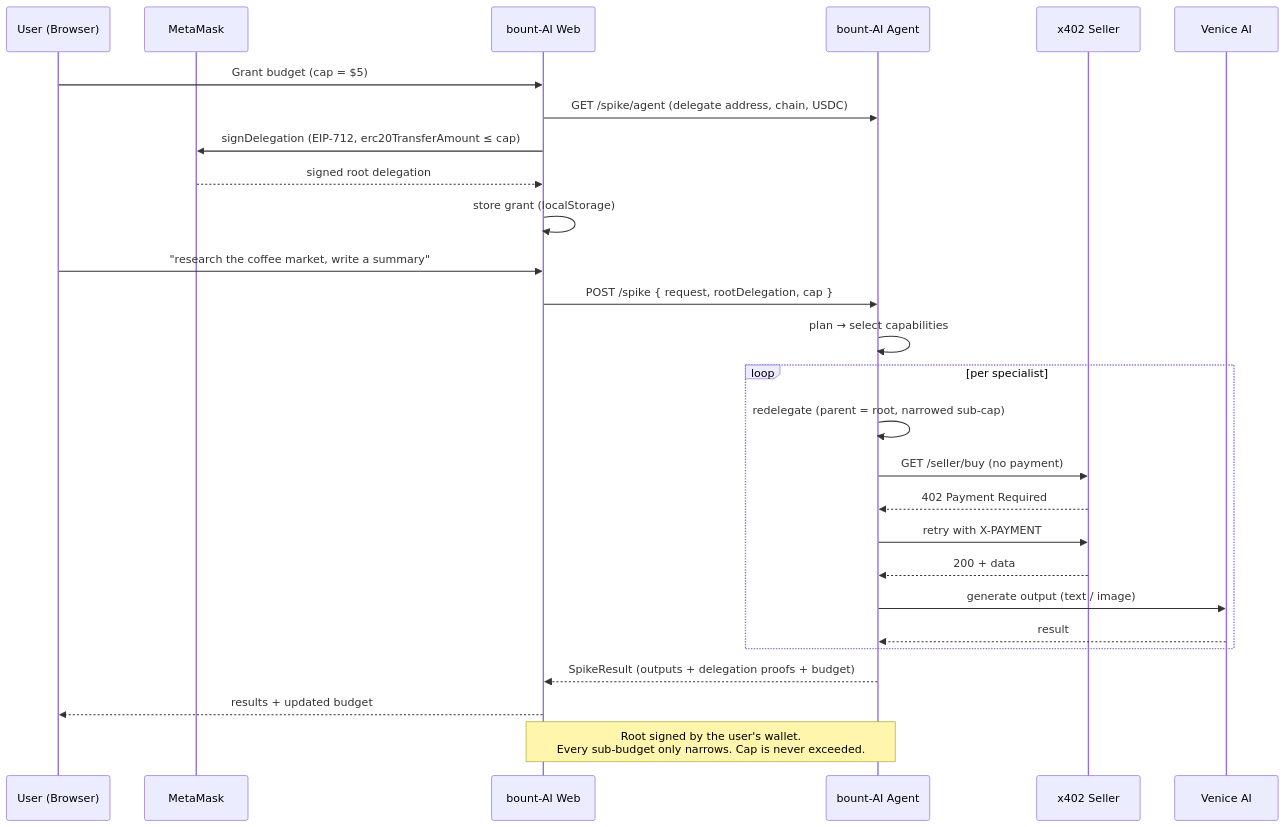
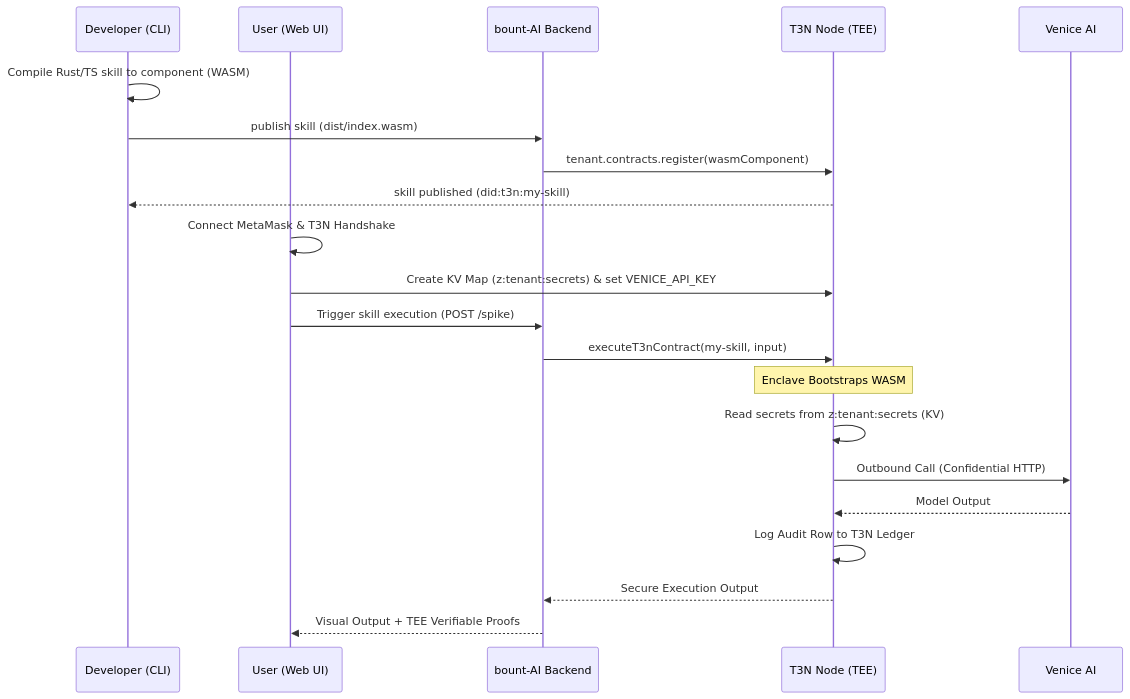
Before and after one commit to maulana-tech/bount-ai: the second of 2 diagrams in README.md, drawn with Mermaid. The commit also changed other lines of this file, not shown here.

````diff
--- a/README.md
+++ b/README.md
@@ -156,34 +135,26 @@
 ```mermaid
 sequenceDiagram
-    participant User as User (Browser)
-    participant Wallet as MetaMask
-    participant Web as bount-AI Web
-    participant Agent as bount-AI Agent
-    participant Seller as x402 Seller
+    participant Dev as Developer (CLI)
+    participant User as User (Web UI)
+    participant Agent as bount-AI Backend
+    participant T3N as T3N Node (TEE)
     participant Venice as Venice AI
 
-    User->>Web: Grant budget (cap = $5)
-    Web->>Agent: GET /spike/agent (delegate address, chain, USDC)
-    Web->>Wallet: signDelegation (EIP-712, erc20TransferAmount ≤ cap)
-    Wallet-->>Web: signed root delegation
-    Web->>Web: store grant (localStorage)
+    Dev->>Dev: Compile Rust/TS skill to component (WASM)
+    Dev->>Agent: publish skill (dist/index.wasm)
+    Agent->>T3N: tenant.contracts.register(wasmComponent)
+    T3N-->>Dev: skill published (did:t3n:my-skill)
 
-    User->>Web: "research the coffee market, write a summary"
-    Web->>Agent: POST /spike { request, rootDelegation, cap }
-    Agent->>Agent: plan → select capabilities
-
-    loop per specialist
-        Agent->>Agent: redelegate (parent = root, narrowed sub-cap)
-        Agent->>Seller: GET /seller/buy (no payment)
-        Seller-->>Agent: 402 Payment Required
-        Agent->>Seller: retry with X-PAYMENT
-        Seller-->>Agent: 200 + data
-        Agent->>Venice: generate output (text / image)
-        Venice-->>Agent: result
-    end
-
-    Agent-->>Web: SpikeResult (outputs + delegation proofs + budget)
-    Web-->>User: results + updated budget
-
-    Note over Web,Agent: Root signed by the user's wallet.<br/>Every sub-budget only narrows. Cap is never exceeded.
+    User->>User: Connect MetaMask & T3N Handshake
+    User->>T3N: Create KV Map (z:tenant:secrets) & set VENICE_API_KEY
+    
+    User->>Agent: Trigger skill execution (POST /spike)
+    Agent->>T3N: executeT3nContract(my-skill, input)
+    Note over T3N: Enclave Bootstraps WASM
+    T3N->>T3N: Read secrets from z:tenant:secrets (KV)
+    T3N->>Venice: Outbound Call (Confidential HTTP)
+    Venice-->>T3N: Model Output
+    T3N->>T3N: Log Audit Row to T3N Ledger
+    T3N-->>Agent: Secure Execution Output
+    Agent-->>User: Visual Output + TEE Verifiable Proofs
 ```
````
